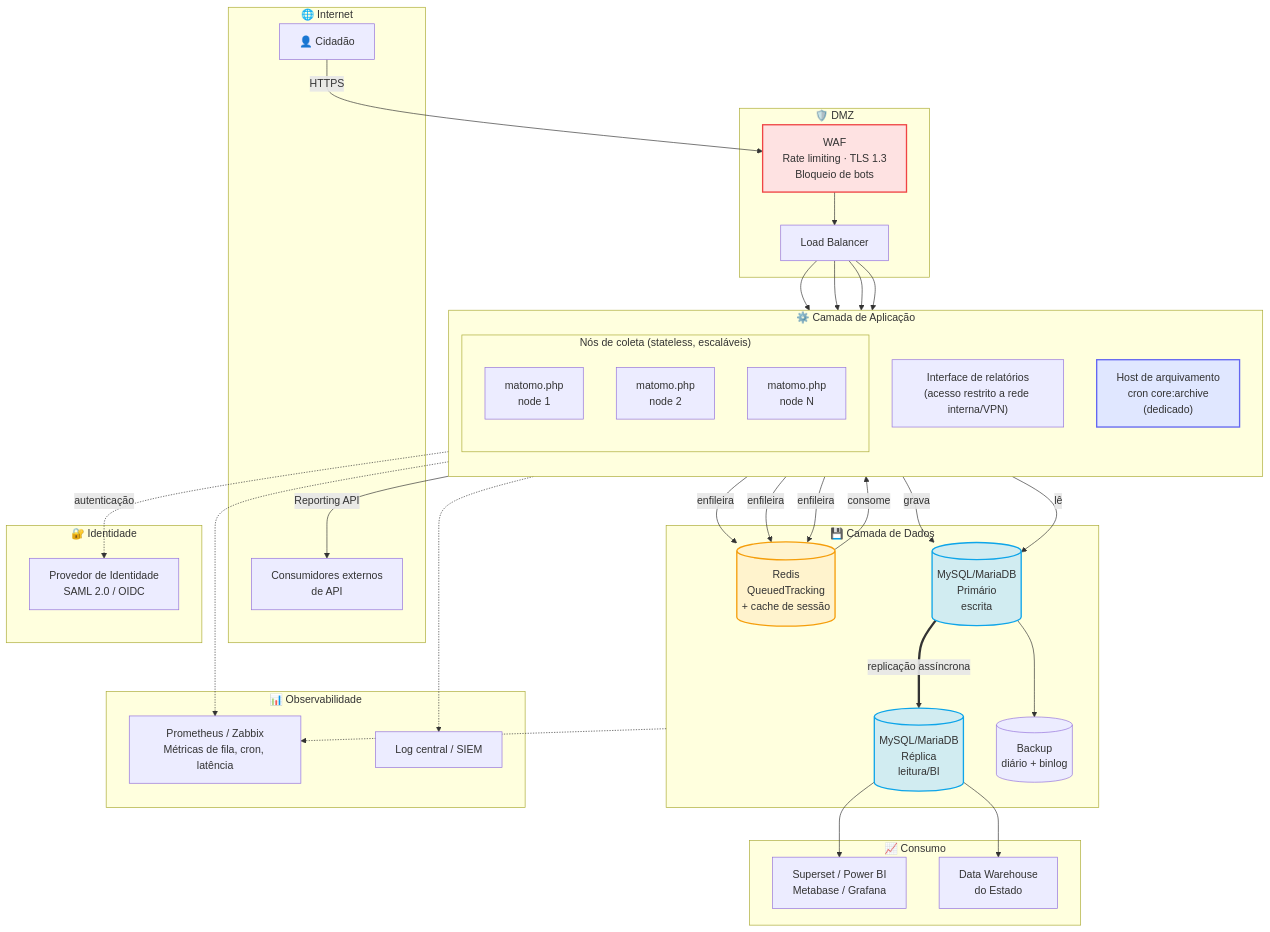
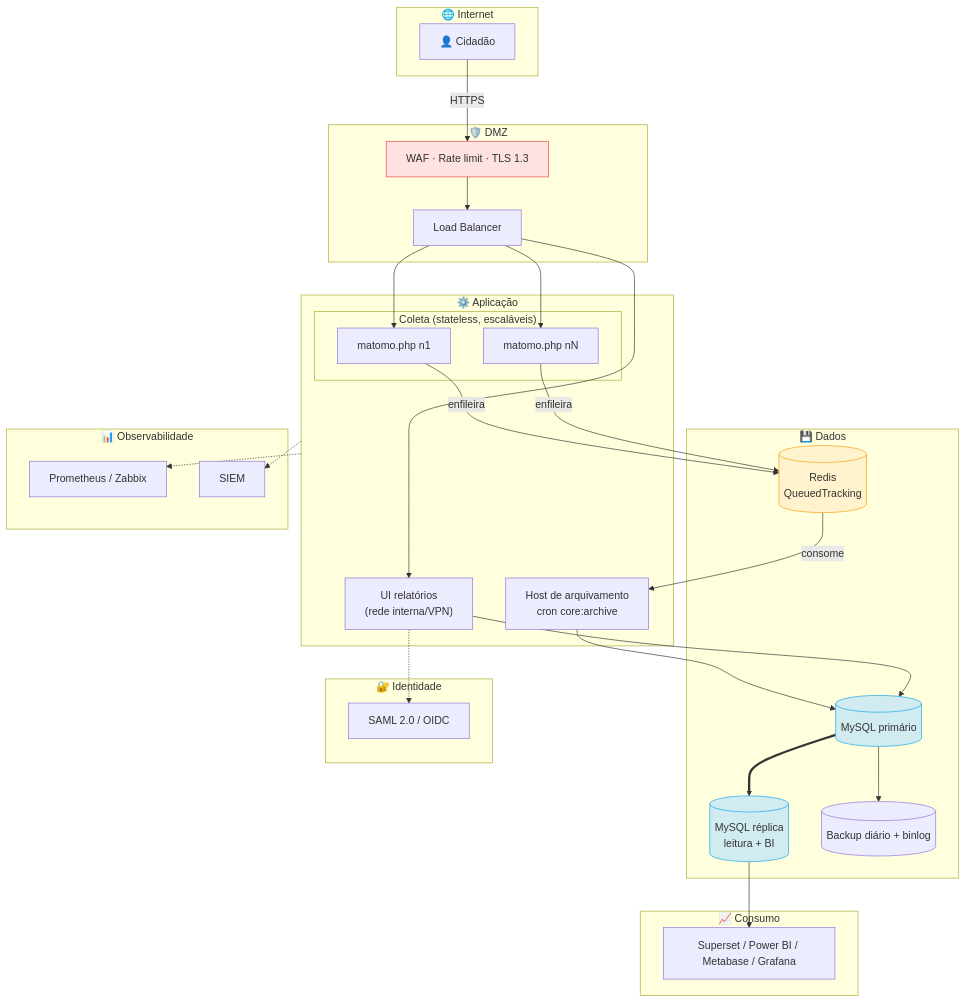
One commit to fabioramos-02/tradeoff-analytics changed the first of 3 diagrams in docs/07-recomendacao.md. Above: the diagram before and after it, drawn with Mermaid. The commit also changed other lines of this file and 23 other files, not shown here.

Commit message:
feat: establish analytics architecture documentation including ADR-002 and supporting comparative studies

````diff
--- a/docs/07-recomendacao.md
+++ b/docs/07-recomendacao.md
@@ -284,71 +198,55 @@
 ```mermaid
 flowchart TB
     subgraph INTERNET["🌐 Internet"]
         CID["👤 Cidadão"]
-        BIEXT["Consumidores externos<br/>de API"]
     end
 
     subgraph DMZ["🛡️ DMZ"]
-        WAF["WAF<br/>Rate limiting · TLS 1.3<br/>Bloqueio de bots"]
+        WAF["WAF · Rate limit · TLS 1.3"]
         LB["Load Balancer"]
     end
 
-    subgraph APP["⚙️ Camada de Aplicação"]
-        direction TB
-        subgraph TRACK["Nós de coleta (stateless, escaláveis)"]
-            T1["matomo.php<br/>node 1"]
-            T2["matomo.php<br/>node 2"]
-            TN["matomo.php<br/>node N"]
+    subgraph APP["⚙️ Aplicação"]
+        subgraph TRACK["Coleta (stateless, escaláveis)"]
+            T1["matomo.php n1"]
+            TN["matomo.php nN"]
         end
-        UI["Interface de relatórios<br/>(acesso restrito a rede interna/VPN)"]
-        ARC["Host de arquivamento<br/>cron core:archive<br/>(dedicado)"]
+        UI["UI relatórios<br/>(rede interna/VPN)"]
+        ARC["Host de arquivamento<br/>cron core:archive"]
     end
 
-    subgraph DATA["💾 Camada de Dados"]
-        REDIS[("Redis<br/>QueuedTracking<br/>+ cache de sessão")]
-        DBP[("MySQL/MariaDB<br/>Primário<br/>escrita")]
-        DBR[("MySQL/MariaDB<br/>Réplica<br/>leitura/BI")]
-        BKP[("Backup<br/>diário + binlog")]
+    subgraph DATA["💾 Dados"]
+        REDIS[("Redis<br/>QueuedTracking")]
+        DBP[("MySQL primário")]
+        DBR[("MySQL réplica<br/>leitura + BI")]
+        BKP[("Backup diário + binlog")]
     end
 
     subgraph OBS["📊 Observabilidade"]
-        MON["Prometheus / Zabbix<br/>Métricas de fila, cron, latência"]
-        LOG["Log central / SIEM"]
+        MON["Prometheus / Zabbix"]
+        LOG["SIEM"]
     end
 
     subgraph CONS["📈 Consumo"]
-        BI["Superset / Power BI<br/>Metabase / Grafana"]
-        DW["Data Warehouse<br/>do Estado"]
+        BI["Superset / Power BI / Metabase / Grafana"]
     end
 
     subgraph IAM["🔐 Identidade"]
-        IDP["Provedor de Identidade<br/>SAML 2.0 / OIDC"]
+        IDP["SAML 2.0 / OIDC"]
     end
 
-    CID -->|"HTTPS"| WAF
-    WAF --> LB
-    LB --> T1 & T2 & TN
+    CID -->|HTTPS| WAF --> LB --> T1 & TN
     LB --> UI
+    T1 & TN -->|enfileira| REDIS
+    REDIS -->|consome| ARC --> DBP
+    UI --> DBP
+    DBP ==> DBR --> BI
+    DBP --> BKP
+    UI -.-> IDP
+    APP -.-> MON & LOG
 
-    T1 & T2 & TN -->|"enfileira"| REDIS
-    REDIS -->|"consome"| ARC
-    ARC -->|"grava"| DBP
-    UI -->|"lê"| DBP
-    DBP ==>|"replicação assíncrona"| DBR
-    DBP --> BKP
-
-    DBR --> BI
-    DBR --> DW
-    UI -->|"Reporting API"| BIEXT
-
-    UI -.->|"autenticação"| IDP
-    APP -.-> MON
-    APP -.-> LOG
-    DATA -.-> MON
-
-    style REDIS fill:#fff3cd,stroke:#f59e0b,stroke-width:2px
-    style DBP fill:#d1ecf1,stroke:#0ea5e9,stroke-width:2px
-    style DBR fill:#d1ecf1,stroke:#0ea5e9,stroke-width:2px
-    style ARC fill:#e0e7ff,stroke:#6366f1,stroke-width:2px
-    style WAF fill:#fee2e2,stroke:#ef4444,stroke-width:2px
+    style REDIS fill:#fff3cd,stroke:#f59e0b
+    style DBP fill:#d1ecf1,stroke:#0ea5e9
+    style DBR fill:#d1ecf1,stroke:#0ea5e9
+    style WAF fill:#fee2e2,stroke:#ef4444
 ```
````
